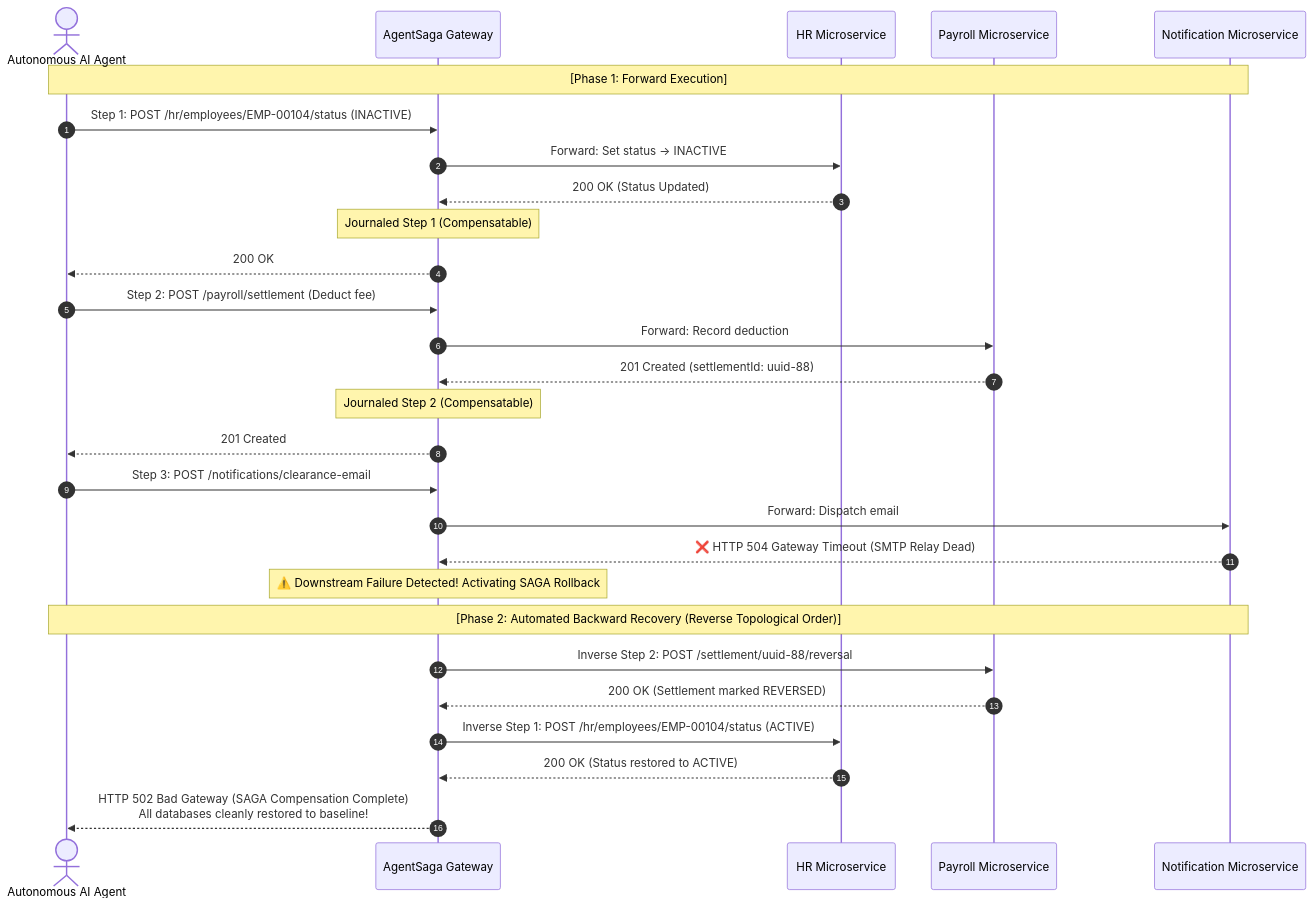
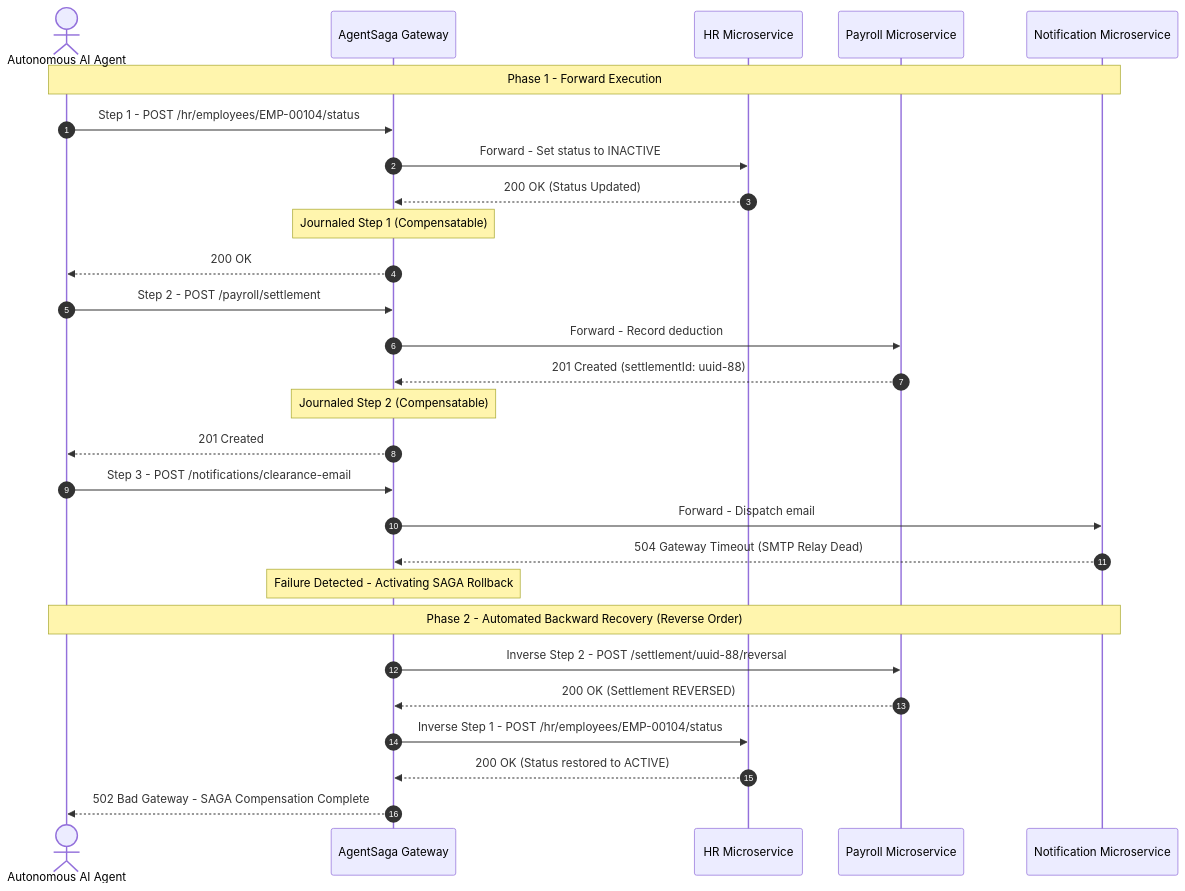
Before and after one commit to Ockersz/agent-saga: the second of 2 diagrams in README.md, drawn with Mermaid. The commit also changed other lines of this file, not shown here.

Commit message:
fix(docs): sanitize Mermaid sequence diagram syntax for GitHub renderer

````diff
--- a/README.md
+++ b/README.md
@@ -73,36 +73,36 @@
 ```mermaid
 sequenceDiagram
     autonumber
     actor Agent as Autonomous AI Agent
     participant GW as AgentSaga Gateway
     participant HR as HR Microservice
     participant Payroll as Payroll Microservice
     participant Email as Notification Microservice
 
-    Note over Agent,Email: [Phase 1: Forward Execution]
-    Agent->>GW: Step 1: POST /hr/employees/EMP-00104/status (INACTIVE)
-    GW->>HR: Forward: Set status -> INACTIVE
+    Note over Agent,Email: Phase 1 - Forward Execution
+    Agent->>GW: Step 1 - POST /hr/employees/EMP-00104/status
+    GW->>HR: Forward - Set status to INACTIVE
     HR-->>GW: 200 OK (Status Updated)
     Note over GW: Journaled Step 1 (Compensatable)
     GW-->>Agent: 200 OK
 
-    Agent->>GW: Step 2: POST /payroll/settlement (Deduct fee)
-    GW->>Payroll: Forward: Record deduction
+    Agent->>GW: Step 2 - POST /payroll/settlement
+    GW->>Payroll: Forward - Record deduction
     Payroll-->>GW: 201 Created (settlementId: uuid-88)
     Note over GW: Journaled Step 2 (Compensatable)
     GW-->>Agent: 201 Created
 
-    Agent->>GW: Step 3: POST /notifications/clearance-email
-    GW->>Email: Forward: Dispatch email
-    Email-->>GW: ❌ HTTP 504 Gateway Timeout (SMTP Relay Dead)
-    Note over GW: ⚠️ Downstream Failure Detected! Activating SAGA Rollback
+    Agent->>GW: Step 3 - POST /notifications/clearance-email
+    GW->>Email: Forward - Dispatch email
+    Email-->>GW: 504 Gateway Timeout (SMTP Relay Dead)
+    Note over GW: Failure Detected - Activating SAGA Rollback
 
-    Note over Agent,Email: [Phase 2: Automated Backward Recovery (Reverse Topological Order)]
-    GW->>Payroll: Inverse Step 2: POST /settlement/uuid-88/reversal
-    Payroll-->>GW: 200 OK (Settlement marked REVERSED)
+    Note over Agent,Email: Phase 2 - Automated Backward Recovery (Reverse Order)
+    GW->>Payroll: Inverse Step 2 - POST /settlement/uuid-88/reversal
+    Payroll-->>GW: 200 OK (Settlement REVERSED)
 
-    GW->>HR: Inverse Step 1: POST /hr/employees/EMP-00104/status (ACTIVE)
+    GW->>HR: Inverse Step 1 - POST /hr/employees/EMP-00104/status
     HR-->>GW: 200 OK (Status restored to ACTIVE)
 
-    GW-->>Agent: HTTP 502 Bad Gateway (SAGA Compensation Complete)<br/>All databases cleanly restored to baseline!
+    GW-->>Agent: 502 Bad Gateway - SAGA Compensation Complete
 ```
````
